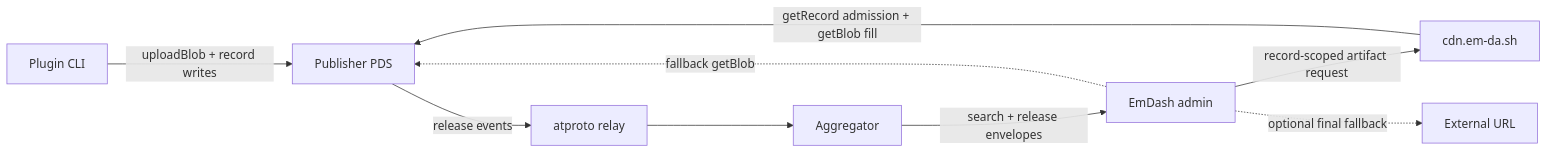
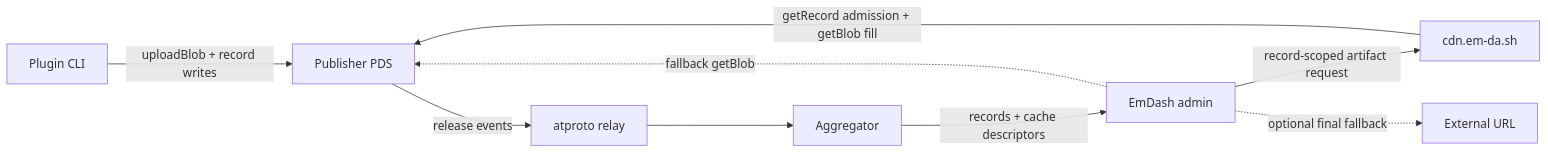
Before and after one commit to 601444279/emdash: the first of 3 diagrams in rfcs/0001-plugin-registry.md, drawn with Mermaid. The commit also changed other lines of this file, not shown here.

Commit message:
docs(rfc): bind artifact caches to exact records

````diff
--- a/rfcs/0001-plugin-registry.md
+++ b/rfcs/0001-plugin-registry.md
@@ -184,11 +184,11 @@
 ```mermaid
 flowchart LR
     CLI[Plugin CLI] -->|uploadBlob + record writes| PDS[Publisher PDS]
     PDS -->|release events| RELAY[atproto relay]
     RELAY --> AGG[Aggregator]
-    AGG -->|search + release envelopes| ADMIN[EmDash admin]
+    AGG -->|records + cache descriptors| ADMIN[EmDash admin]
     ADMIN -->|record-scoped artifact request| CDN[cdn.em-da.sh]
     CDN -->|getRecord admission + getBlob fill| PDS
     ADMIN -.->|fallback getBlob| PDS
     ADMIN -.->|optional final fallback| URL[External URL]
 ```
````
